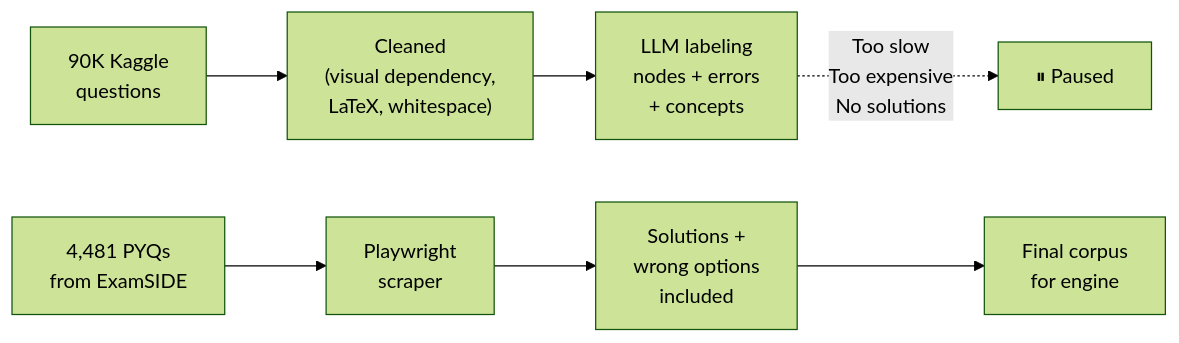
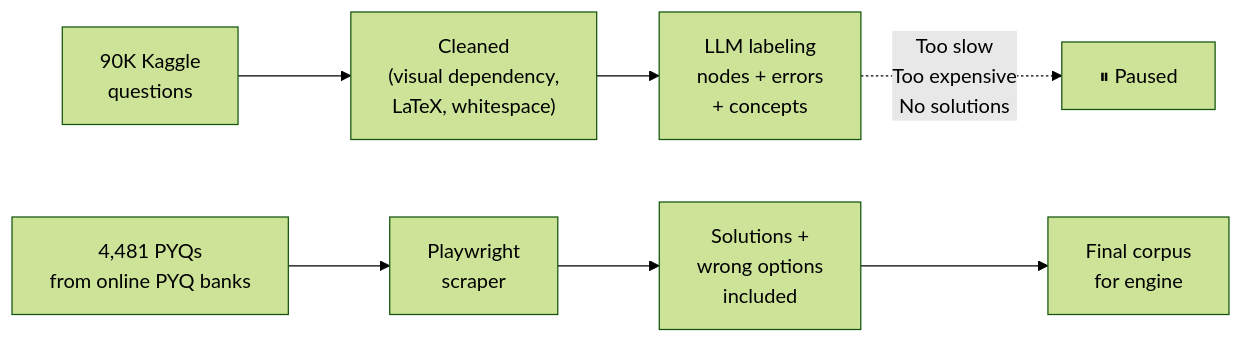
One commit to devangi-08/LECO changed the fifth of 5 diagrams in docs/Exploration_log.md. Above: the diagram before and after it, drawn with Mermaid (forest theme). The commit also changed other lines of this file, not shown here.

````diff
--- a/docs/Exploration_log.md
+++ b/docs/Exploration_log.md
@@ -140,10 +140,10 @@
 ```mermaid
 flowchart LR
     K90["90K Kaggle\nquestions"] --> CLEAN["Cleaned\n(visual dependency,\nLaTeX, whitespace)"]
     CLEAN --> LABEL["LLM labeling\nnodes + errors\n+ concepts"]
     LABEL -. "Too slow\nToo expensive\nNo solutions" .-> PAUSE["⏸ Paused"]
 
-    PYQ["4,481 PYQs\nfrom ExamSIDE"] --> SCRAPE["Playwright\nscraper"]
+    PYQ["4,481 PYQs\nfrom online PYQ banks"] --> SCRAPE["Playwright\nscraper"]
     SCRAPE --> RICH["Solutions +\nwrong options\nincluded"]
     RICH --> ENGINE["Final corpus\nfor engine"]
 ```
````
